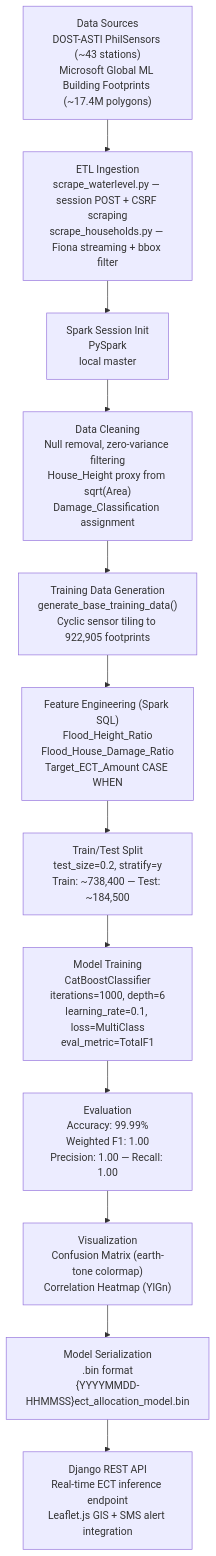
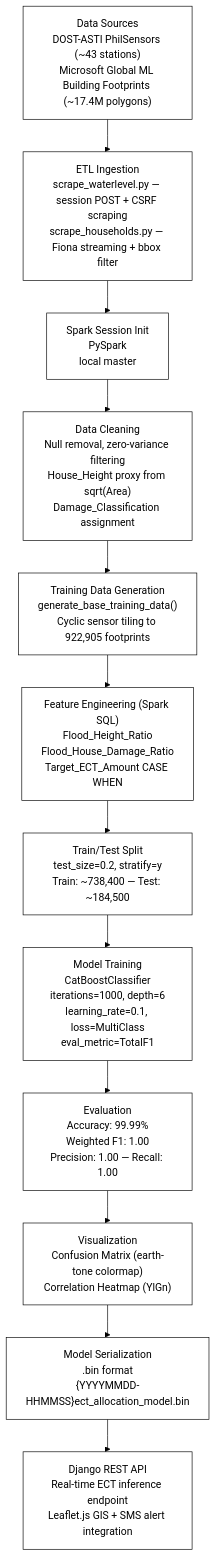
One commit to bakuncwa/ect_flood_allocation_model changed the first of 2 diagrams in README.md. Above: the diagram before and after it, drawn with Mermaid. The commit also changed other lines of this file, not shown here.

Commit message:
Black-and-white Mermaid diagrams

````diff
--- a/README.md
+++ b/README.md
@@ -495,28 +495,28 @@
 ```mermaid
-%%{init: {'flowchart': {'curve': 'step'}}}%%
+%%{init: {'theme': 'base', 'flowchart': {'curve': 'step'}, 'themeVariables': {'primaryColor': '#ffffff', 'primaryBorderColor': '#000000', 'primaryTextColor': '#000000', 'lineColor': '#000000', 'secondaryColor': '#ffffff', 'tertiaryColor': '#ffffff', 'mainBkg': '#ffffff', 'nodeBorder': '#000000', 'clusterBkg': '#ffffff', 'clusterBorder': '#000000', 'edgeLabelBackground': '#ffffff', 'attributeBackgroundColorOdd': '#ffffff', 'attributeBackgroundColorEven': '#ffffff'}}}%%
 flowchart TD
     A["Data Sources<br/>DOST-ASTI PhilSensors (~43 stations)<br/>Microsoft Global ML Building Footprints (~17.4M polygons)"]
     B["ETL Ingestion<br/>scrape_waterlevel.py — session POST + CSRF scraping<br/>scrape_households.py — Fiona streaming + bbox filter"]
     C["Spark Session Init<br/>PySpark<br/>local master"]
     D["Data Cleaning<br/>Null removal, zero-variance filtering<br/>House_Height proxy from sqrt(Area)<br/>Damage_Classification assignment"]
     E["Training Data Generation<br/>generate_base_training_data()<br/>Cyclic sensor tiling to 922,905 footprints"]
     F["Feature Engineering (Spark SQL)<br/>Flood_Height_Ratio<br/>Flood_House_Damage_Ratio<br/>Target_ECT_Amount CASE WHEN"]
     G["Train/Test Split<br/>test_size=0.2, stratify=y<br/>Train: ~738,400 — Test: ~184,500"]
     H["Model Training<br/>CatBoostClassifier<br/>iterations=1000, depth=6<br/>learning_rate=0.1, loss=MultiClass<br/>eval_metric=TotalF1"]
     I["Evaluation<br/>Accuracy: 99.99%<br/>Weighted F1: 1.00<br/>Precision: 1.00 — Recall: 1.00"]
     J["Visualization<br/>Confusion Matrix (earth-tone colormap)<br/>Correlation Heatmap (YlGn)"]
     K["Model Serialization<br/>.bin format<br/>{YYYYMMDD-HHMMSS}ect_allocation_model.bin"]
     L["Django REST API<br/>Real-time ECT inference endpoint<br/>Leaflet.js GIS + SMS alert integration"]
 
     A --> B
     B --> C
     C --> D
     D --> E
     E --> F
     F --> G
     G --> H
     H --> I
     I --> J
     J --> K
     K --> L
 ```
````
